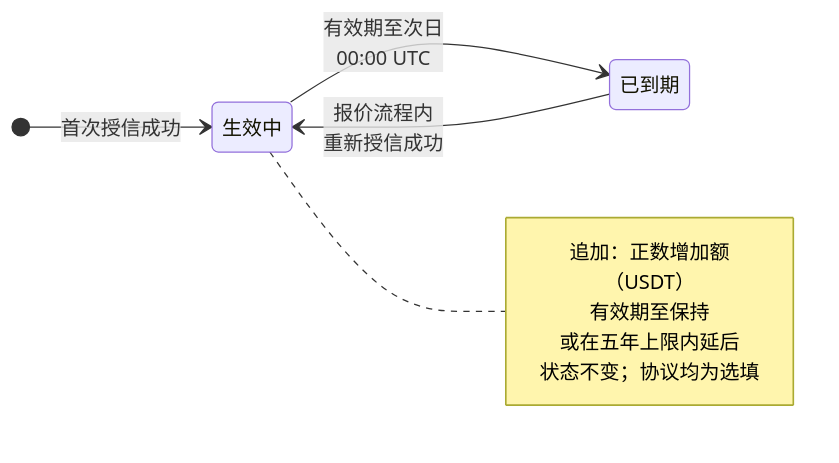
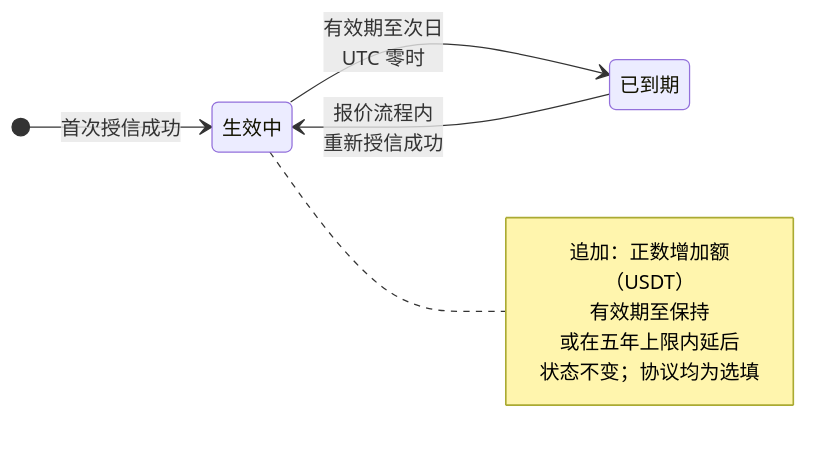
Before and after one commit to wxblockchain/Chain-Financing: the seventh of 10 diagrams in lending-platform/PRD/面客端/06-借贷广场-授信报价与接受拒绝/02-授信报价与接受拒绝-流程图与状态机.md, drawn with Mermaid. The commit also changed other lines of this file and 6 other files, not shown here.

````diff
--- a/lending-platform/PRD/面客端/06-借贷广场-授信报价与接受拒绝/02-授信报价与接受拒绝-流程图与状态机.md
+++ b/lending-platform/PRD/面客端/06-借贷广场-授信报价与接受拒绝/02-授信报价与接受拒绝-流程图与状态机.md
@@ -194,15 +194,15 @@
 ```mermaid
 stateDiagram-v2
   direction LR
   state "生效中" as ACTIVE
   state "已到期" as EXPIRED
   [*] --> ACTIVE: 首次授信成功
-  ACTIVE --> EXPIRED: 有效期至次日<br/>00:00 UTC
+  ACTIVE --> EXPIRED: 有效期至次日<br/>UTC 零时
   EXPIRED --> ACTIVE: 报价流程内<br/>重新授信成功
   note right of ACTIVE
     追加：正数增加额（USDT）
     有效期至保持
     或在五年上限内延后
     状态不变；协议均为选填
   end note
 ```
````
